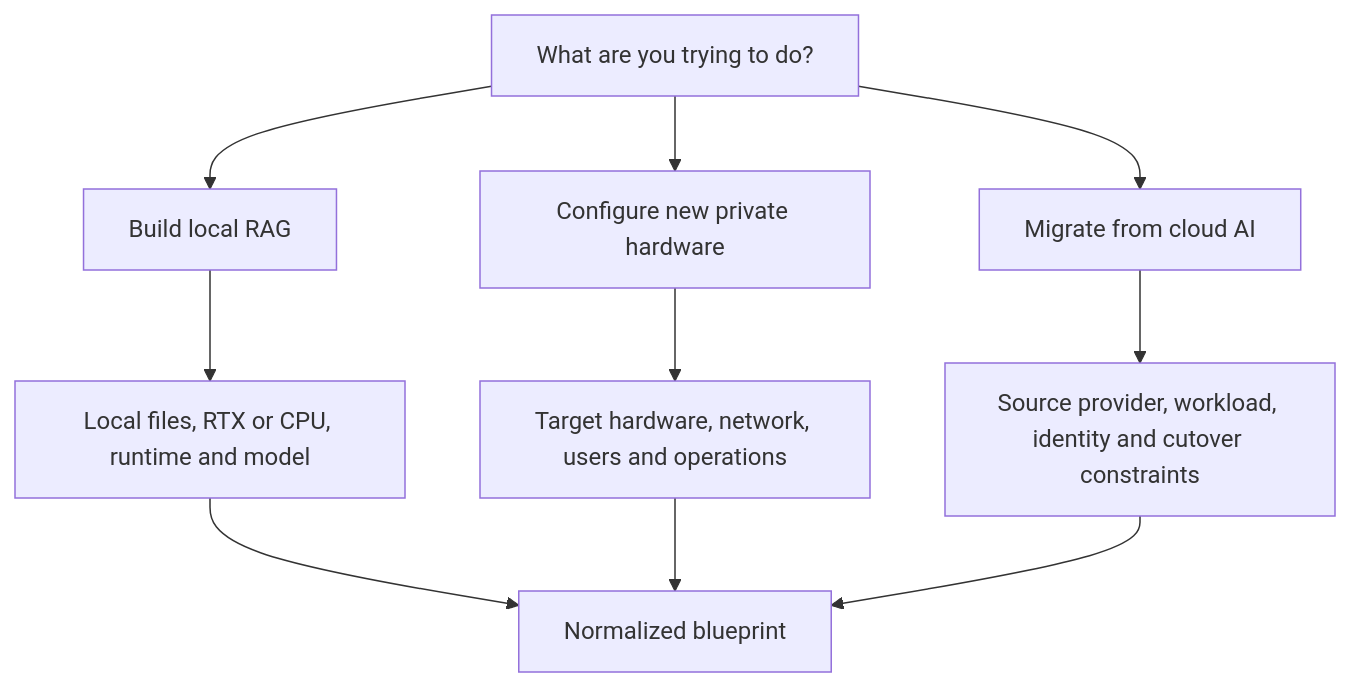
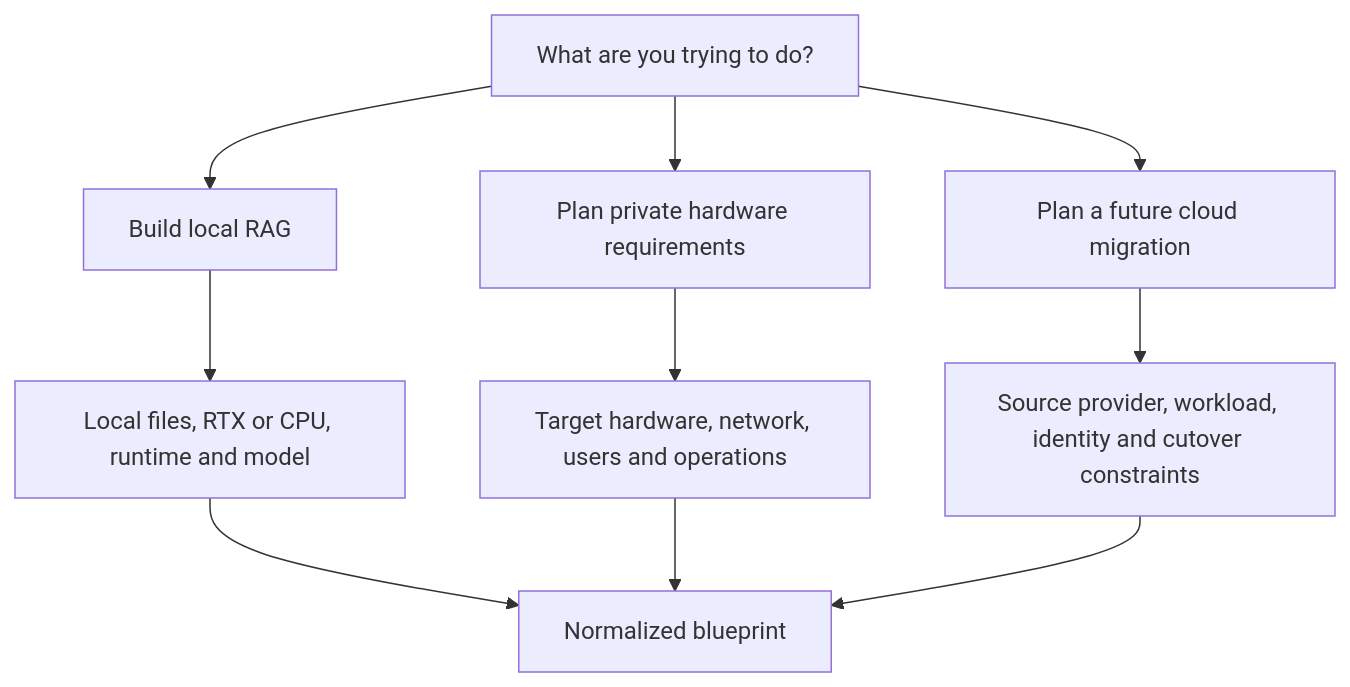
One commit to samasaikumarreddy/private-ai-architect changed the diagram in docs/guided-architect-workflow.md. Above: the diagram before and after it, drawn with Mermaid. The commit also changed other lines of this file and 20 other files, not shown here.

Commit message:
Implement v0.3 guided architect core

````diff
--- a/docs/guided-architect-workflow.md
+++ b/docs/guided-architect-workflow.md
@@ -10,15 +10,15 @@
 ```mermaid
 flowchart TD
     START["What are you trying to do?"]
     START --> LOCAL["Build local RAG"]
-    START --> HARDWARE["Configure new private hardware"]
-    START --> MIGRATE["Migrate from cloud AI"]
+    START --> HARDWARE["Plan private hardware requirements"]
+    START --> MIGRATE["Plan a future cloud migration"]
 
     LOCAL --> LOCALQ["Local files, RTX or CPU, runtime and model"]
     HARDWARE --> HWQ["Target hardware, network, users and operations"]
     MIGRATE --> CLOUDQ["Source provider, workload, identity and cutover constraints"]
 
     LOCALQ --> BLUEPRINT["Normalized blueprint"]
     HWQ --> BLUEPRINT
     CLOUDQ --> BLUEPRINT
 ```
````
